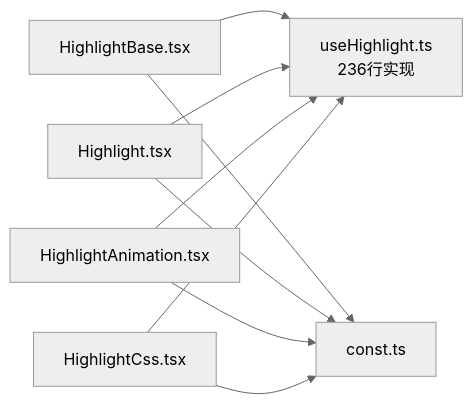
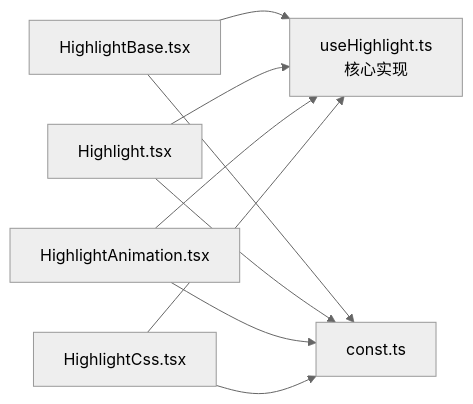
The fourth of 4 diagrams in .qoder/repowiki/zh/content/自定义与扩展/高亮钩子 (useHighlight).md (ja-plus/stk-table-react), drawn with Mermaid (neutral theme) before and after one commit. The commit also changed other lines of this file and 7 other files, not shown here.

````diff
--- a/.qoder/repowiki/zh/content/自定义与扩展/高亮钩子 (useHighlight).md
+++ b/.qoder/repowiki/zh/content/自定义与扩展/高亮钩子 (useHighlight).md
@@ -231,11 +230,11 @@
 ```mermaid
 graph LR
-HB["HighlightBase.tsx"] --> H["useHighlight.ts<br/>236行实现"]
+HB["HighlightBase.tsx"] --> H["useHighlight.ts<br/>核心实现"]
 HA["Highlight.tsx"] --> H
 HAN["HighlightAnimation.tsx"] --> H
 HC["HighlightCss.tsx"] --> H
 HB --> C["const.ts"]
 HA --> C
 HAN --> C
 HC --> C
 ```
````
